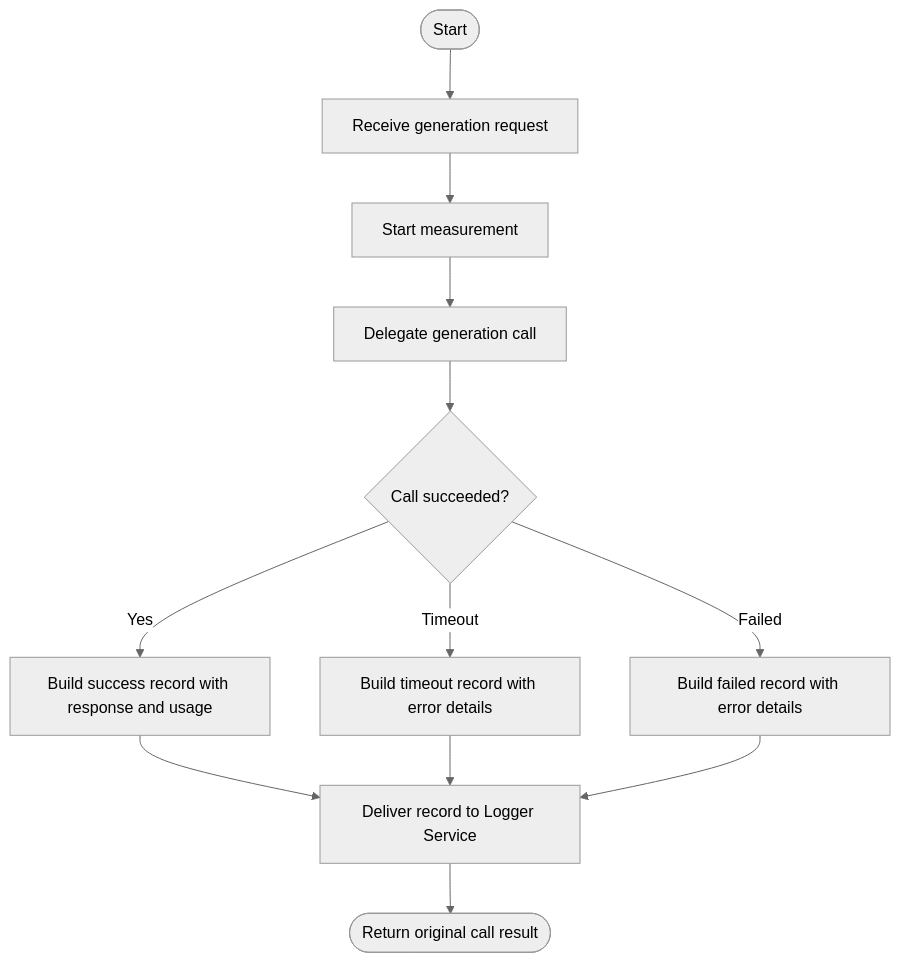
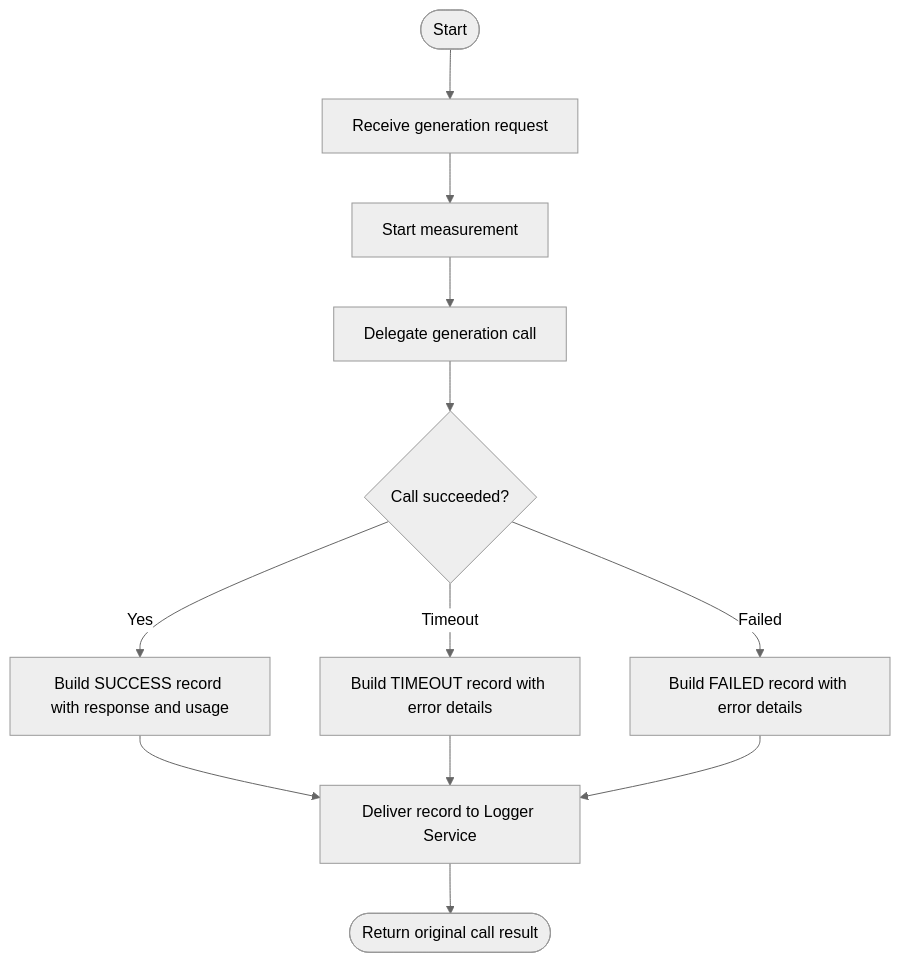
Before and after one commit to DelgadoArlee/cv-brewer: the diagram in docs/system/llm-logger/processes/record-llm-call.md, drawn with Mermaid (neutral theme). The commit also changed other lines of this file and 137 other files, not shown here.

`````diff
--- a/docs/system/llm-logger/processes/record-llm-call.md
+++ b/docs/system/llm-logger/processes/record-llm-call.md
@@ -9,14 +9,14 @@
 ```` mermaid
 flowchart TD
     A([Start]) --> B[Receive generation request]
     B --> C[Start measurement]
     C --> D[Delegate generation call]
     D --> E{Call succeeded?}
-    E -->|Yes| F[Build success record with response and usage]
-    E -->|Timeout| G[Build timeout record with error details]
-    E -->|Failed| H[Build failed record with error details]
+    E -->|Yes| F[Build SUCCESS record with response and usage]
+    E -->|Timeout| G[Build TIMEOUT record with error details]
+    E -->|Failed| H[Build FAILED record with error details]
     F --> I[Deliver record to Logger Service]
     G --> I
     H --> I
     I --> J([Return original call result])
 ````
`````
